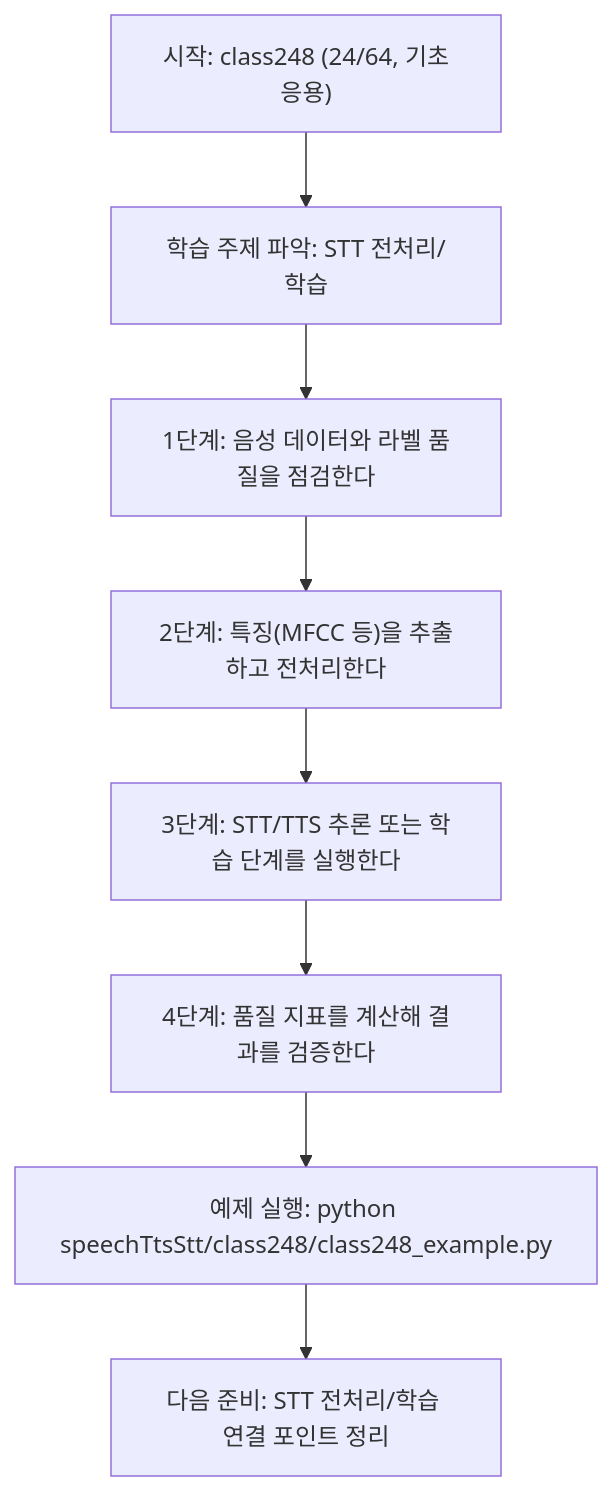
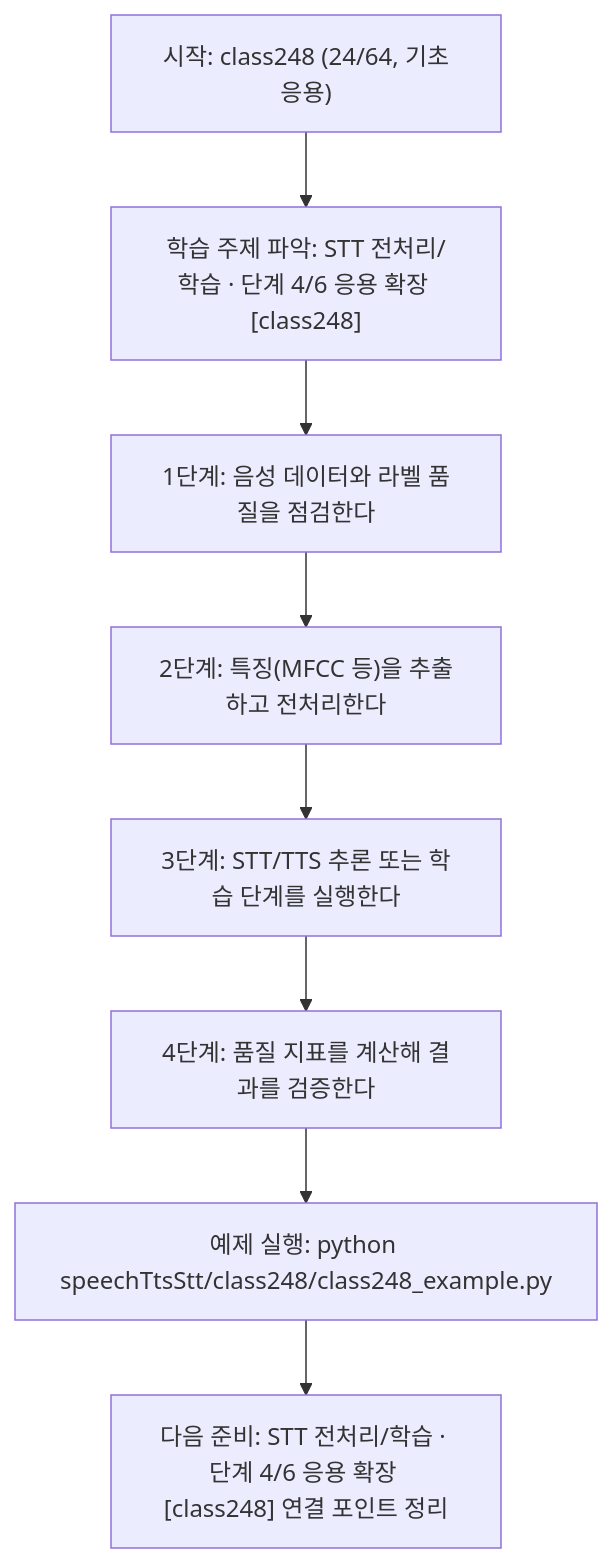
Before and after one commit to edumgt/Python-AI_Agent-Class: the diagram in speechTtsStt/class248/class248.md, drawn with Mermaid. The commit also changed other lines of this file and 522 other files, not shown here.

````diff
--- a/speechTtsStt/class248/class248.md
+++ b/speechTtsStt/class248/class248.md
@@ -113,18 +114,18 @@
 ```mermaid
 flowchart TD
 N1["시작: class248 (24/64, 기초응용)"]
-N2["학습 주제 파악: STT 전처리/학습"]
+N2["학습 주제 파악: STT 전처리/학습 · 단계 4/6 응용 확장 [class248]"]
 N3["1단계: 음성 데이터와 라벨 품질을 점검한다"]
 N4["2단계: 특징(MFCC 등)을 추출하고 전처리한다"]
 N5["3단계: STT/TTS 추론 또는 학습 단계를 실행한다"]
 N6["4단계: 품질 지표를 계산해 결과를 검증한다"]
 N7["예제 실행: python speechTtsStt/class248/class248_example.py"]
-N8["다음 준비: STT 전처리/학습 연결 포인트 정리"]
+N8["다음 준비: STT 전처리/학습 · 단계 4/6 응용 확장 [class248] 연결 포인트 정리"]
 N1 --> N2
 N2 --> N3
 N3 --> N4
 N4 --> N5
 N5 --> N6
 N6 --> N7
 N7 --> N8
 ```
````
